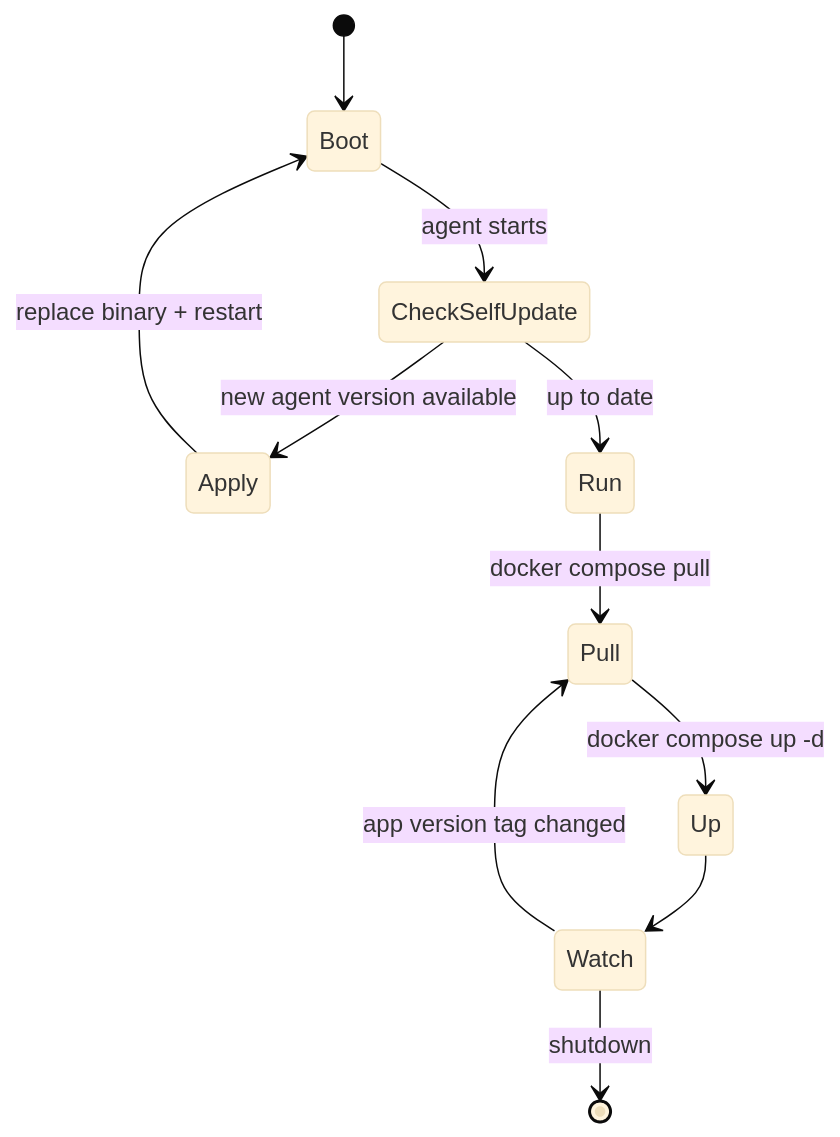
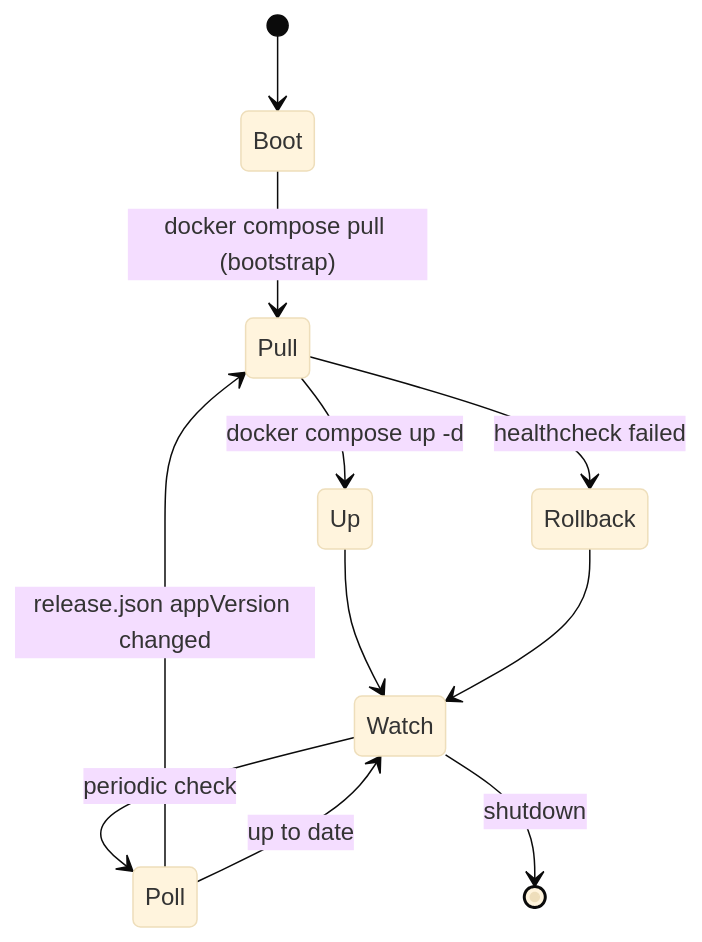
Before and after one commit to alphaoflogic-ua/svaroh-docs: the first of 2 diagrams in docs/station/station-agent.md, drawn with Mermaid (base theme). The commit also changed other lines of this file, not shown here.

Commit message:
fix: station-agent does not self-update binary, only Docker images

````diff
--- a/docs/station/station-agent.md
+++ b/docs/station/station-agent.md
@@ -21,13 +25,13 @@
 ```mermaid
 stateDiagram-v2
     [*] --> Boot
-    Boot --> CheckSelfUpdate: agent starts
-    CheckSelfUpdate --> Apply: new agent version available
-    CheckSelfUpdate --> Run: up to date
-    Apply --> Boot: replace binary + restart
-    Run --> Pull: docker compose pull
+    Boot --> Pull: docker compose pull (bootstrap)
     Pull --> Up: docker compose up -d
     Up --> Watch
-    Watch --> Pull: app version tag changed
+    Watch --> Poll: periodic check
+    Poll --> Pull: release.json appVersion changed
+    Poll --> Watch: up to date
+    Pull --> Rollback: healthcheck failed
+    Rollback --> Watch
     Watch --> [*]: shutdown
 ```
````
